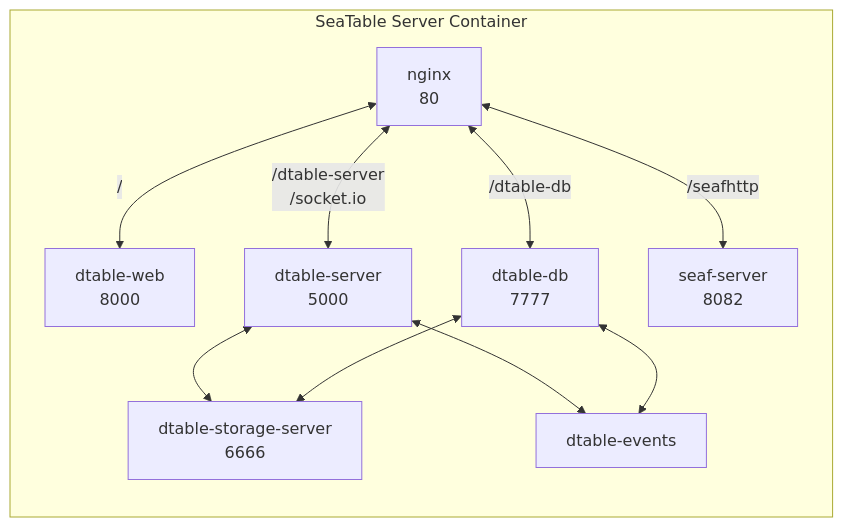
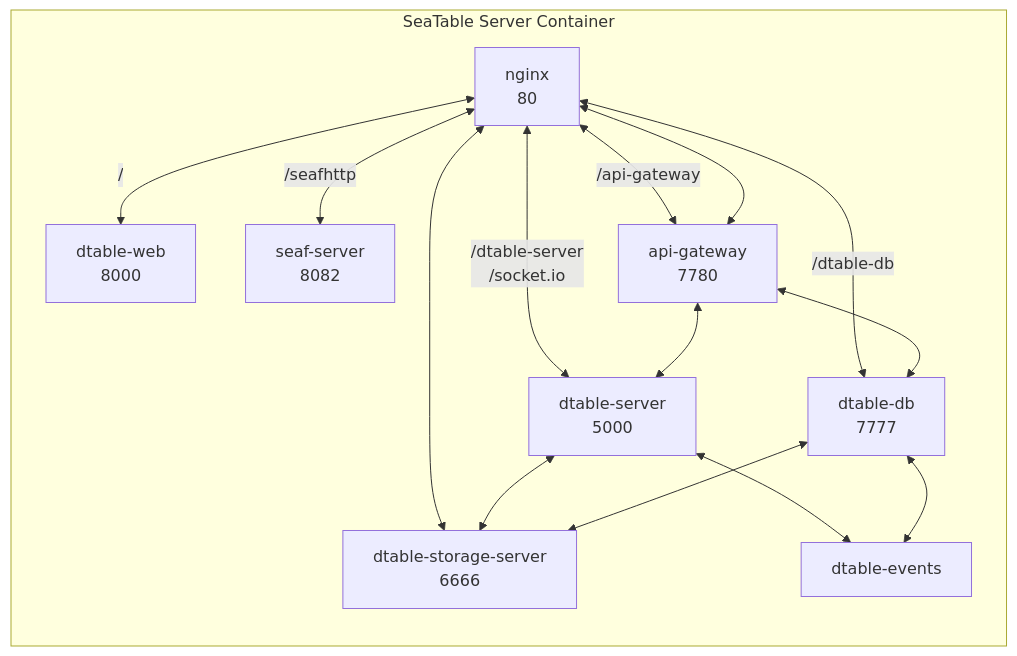
Before and after one commit to seatable/seatable-admin-docs: the second of 2 diagrams in docs/introduction/architecture.md, drawn with Mermaid.

Commit message:
Update architecture.md
Added api-gateway to container seatable-server

````diff
--- a/docs/introduction/architecture.md
+++ b/docs/introduction/architecture.md
@@ -43,20 +43,26 @@
 ```mermaid
 flowchart LR
     subgraph s[SeaTable Server Container]
         A[nginx<br/>80]
         B[dtable-web<br/>8000]
         C[dtable-server<br/>5000]
         D[dtable-db<br/>7777]
         E[seaf-server<br/>8082]
         G[dtable-events]
         F[dtable-storage-server<br/>6666]
+        H[api-gateway<br/>7780]
         A<-- / -->B
         A<-- /dtable-server<br/>/socket.io -->C
         A<-- /dtable-db -->D
         A<-- /seafhttp -->E
+        A<-- /api-gateway -->H
+        A<-->F
+        A<-->H
         C<-->F
         D<-->F
         C<-->G
         D<-->G
+        H<-->C
+        H<-->D
     end
 ```
````
